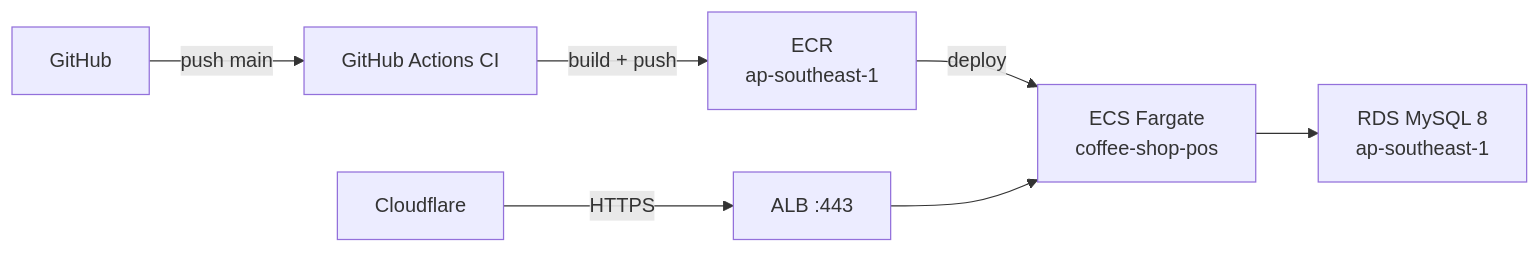
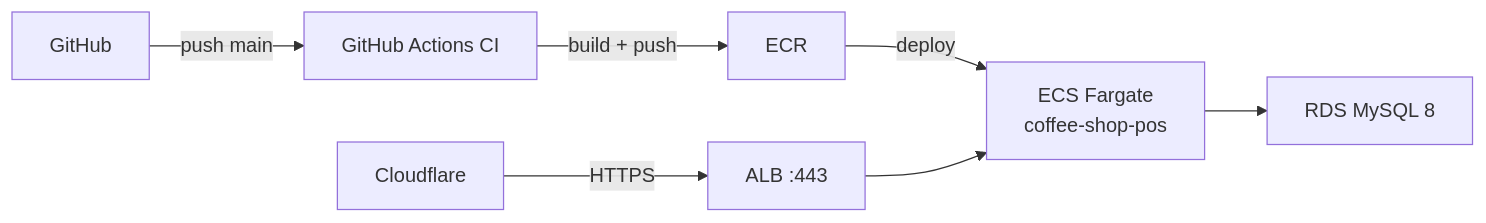
Before and after one commit to dng-nguyn/WNC-2026-N01.LT2: the fourth of 4 diagrams in docs/architecture.md, drawn with Mermaid. The commit also changed other lines of this file, not shown here.

Commit message:
docs: remove hardcoded ap-southeast-1 region from architecture diagrams

````diff
--- a/docs/architecture.md
+++ b/docs/architecture.md
@@ -252,9 +252,9 @@
 ```mermaid
 graph LR
     GH[GitHub] -->|push main| CI[GitHub Actions CI]
-    CI -->|build + push| ECR[ECR<br/>ap-southeast-1]
+    CI -->|build + push| ECR[ECR]
     ECR -->|deploy| ECS[ECS Fargate<br/>coffee-shop-pos]
-    ECS --> RDS[RDS MySQL 8<br/>ap-southeast-1]
+    ECS --> RDS[RDS MySQL 8]
     CF[Cloudflare] -->|HTTPS| ALB[ALB :443]
     ALB --> ECS
 ```
````
